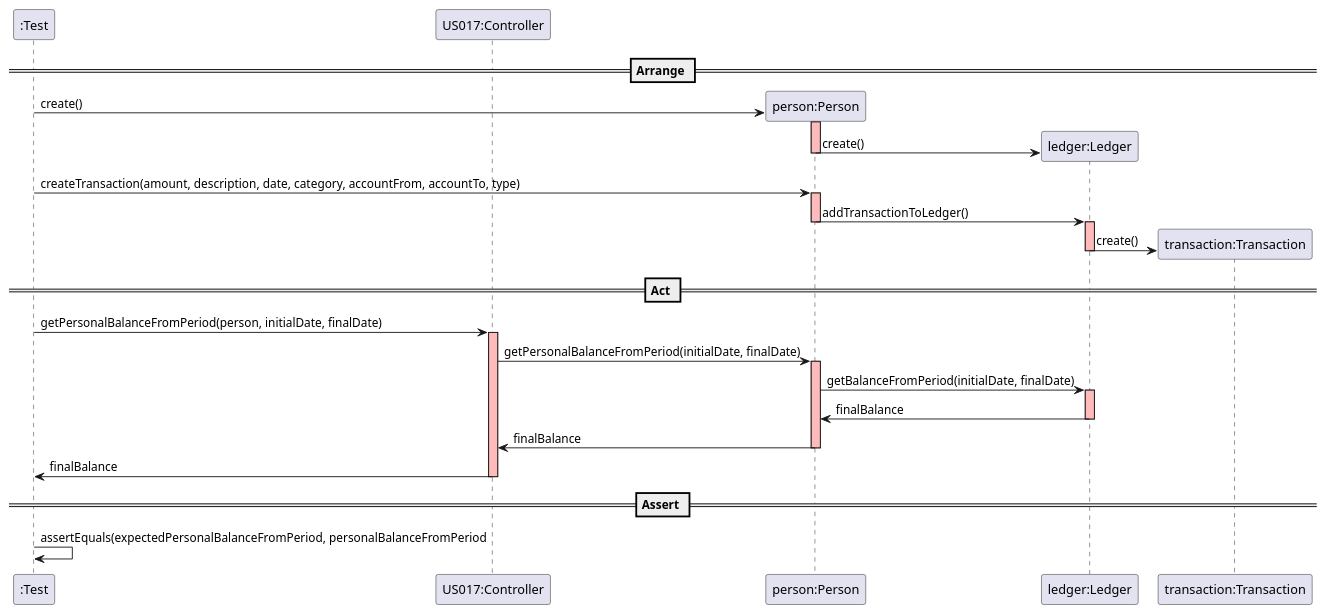
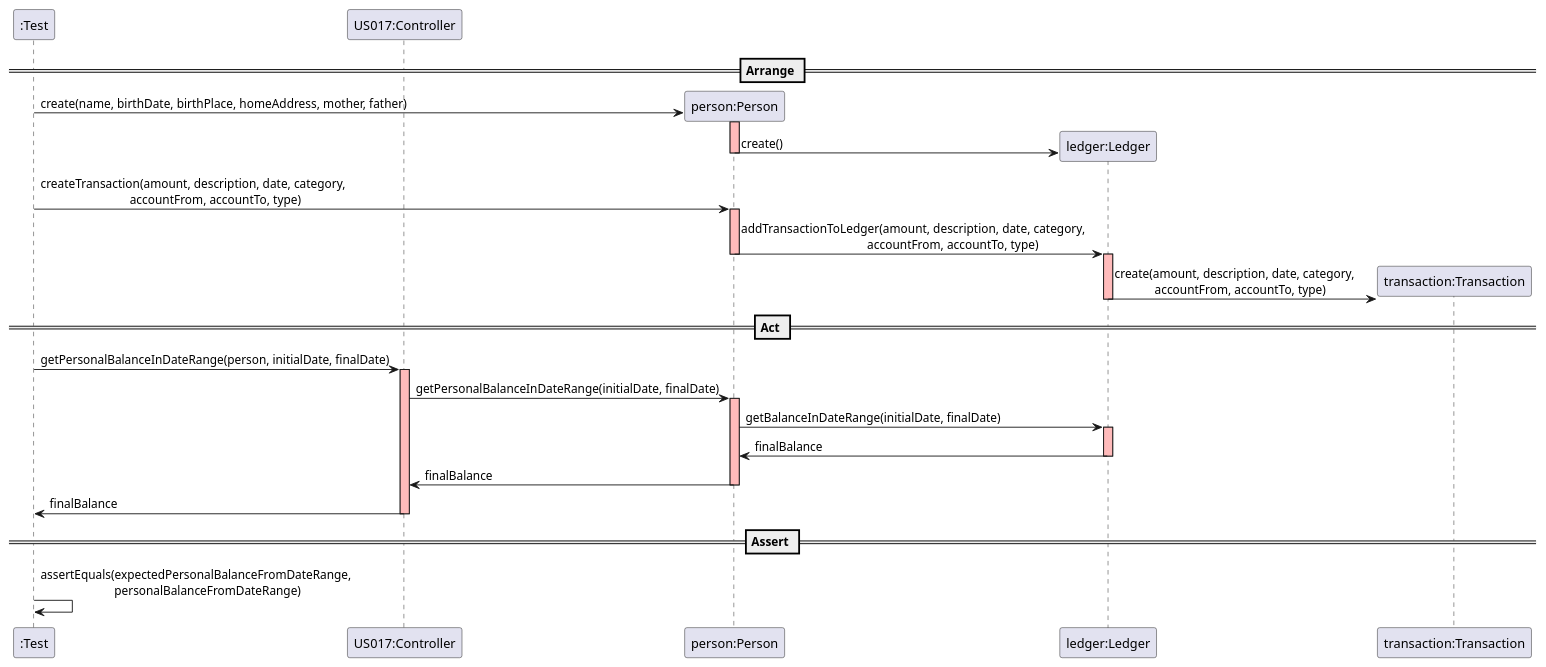
One commit to mleitaoribeiro/DevOpsMaven changed the diagram in docs/SequenceDiagram - US017.puml. Above: the diagram before and after it, drawn with PlantUML.

Commit message:
fix #398 changes on SequenceDiagram - US017

```diff
--- a/docs/SequenceDiagram - US017.puml
+++ b/docs/SequenceDiagram - US017.puml
@@ -1,44 +1,44 @@
   @startuml
 create ":Test"
 
 == Arrange ==
 create "US017:Controller"
 
 create "person:Person"
-":Test" -> "person:Person" : create()
+":Test" -> "person:Person" : create(name, birthDate, birthPlace, homeAddress, mother, father)
 activate "person:Person" #FFBBBB
 
 create "ledger:Ledger"
 "person:Person" -> "ledger:Ledger" : create()
 deactivate "person:Person"
-":Test" -> "person:Person" : createTransaction(amount, description, date, category, accountFrom, accountTo, type)
+":Test" -> "person:Person" : createTransaction(amount, description, date, category, \n                             accountFrom, accountTo, type)
 activate "person:Person" #FFBBBB
 
-"person:Person" -> "ledger:Ledger" : addTransactionToLedger()
+"person:Person" -> "ledger:Ledger" : addTransactionToLedger(amount, description, date, category, \n                                         accountFrom, accountTo, type)
 deactivate "person:Person" #FFBBBB
 activate "ledger:Ledger" #FFBBBB
 create "transaction:Transaction"
-"ledger:Ledger" -> "transaction:Transaction" : create()
+"ledger:Ledger" -> "transaction:Transaction" : create(amount, description, date, category, \n             accountFrom, accountTo, type)
 deactivate "person:Person"
 deactivate "ledger:Ledger"
 
 == Act ==
 
-":Test" -> "US017:Controller" : getPersonalBalanceFromPeriod(person, initialDate, finalDate)
+":Test" -> "US017:Controller" : getPersonalBalanceInDateRange(person, initialDate, finalDate)
 activate "US017:Controller" #FFBBBB
-"US017:Controller" -> "person:Person": getPersonalBalanceFromPeriod(initialDate, finalDate)
+"US017:Controller" -> "person:Person": getPersonalBalanceInDateRange(initialDate, finalDate)
 activate "person:Person" #FFBBBB
-"person:Person" -> "ledger:Ledger": getBalanceFromPeriod(initialDate, finalDate)
+"person:Person" -> "ledger:Ledger": getBalanceInDateRange(initialDate, finalDate)
 activate "ledger:Ledger" #FFBBBB
 "ledger:Ledger" -> "person:Person" : finalBalance
 deactivate "ledger:Ledger"
 "person:Person" -> "US017:Controller" : finalBalance
 deactivate "person:Person"
 "US017:Controller" -> ":Test" : finalBalance
 deactivate "US017:Controller"
 
 == Assert ==
 
-":Test" -> ":Test" : assertEquals(expectedPersonalBalanceFromPeriod, personalBalanceFromPeriod
+":Test" -> ":Test" : assertEquals(expectedPersonalBalanceFromDateRange, \n                        personalBalanceFromDateRange)
 
 @enduml
```
